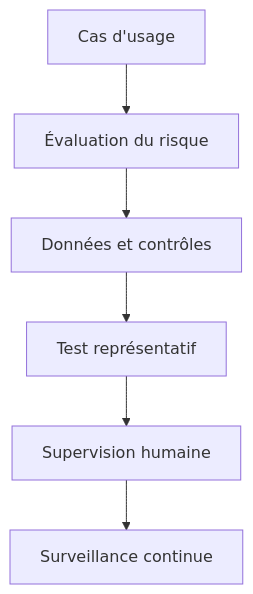
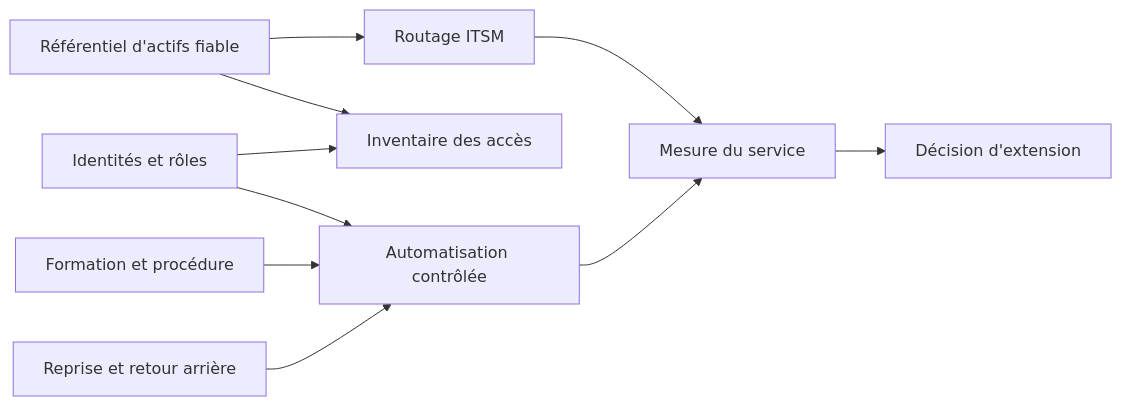
The second of 6 diagrams in content/lessons/maint-transformation-expert.md (biggyseven/Skill-Tree), drawn with Mermaid before and after one commit. The commit also changed other lines of this file, not shown here.

````diff
--- a/content/lessons/maint-transformation-expert.md
+++ b/content/lessons/maint-transformation-expert.md
@@ -77,8 +205,12 @@
-~~~mermaid
-flowchart TD
-  A[Cas d'usage] --> B[Évaluation du risque]
-  B --> C[Données et contrôles]
-  C --> D[Test représentatif]
-  D --> E[Supervision humaine]
-  E --> F[Surveillance continue]
-~~~
+```mermaid
+flowchart LR
+    A["Référentiel d'actifs fiable"] --> B["Routage ITSM"]
+    A --> C["Inventaire des accès"]
+    D["Identités et rôles"] --> C
+    D --> E["Automatisation contrôlée"]
+    B --> F["Mesure du service"]
+    E --> F
+    G["Formation et procédure"] --> E
+    H["Reprise et retour arrière"] --> E
+    F --> I["Décision d'extension"]
+```
````
